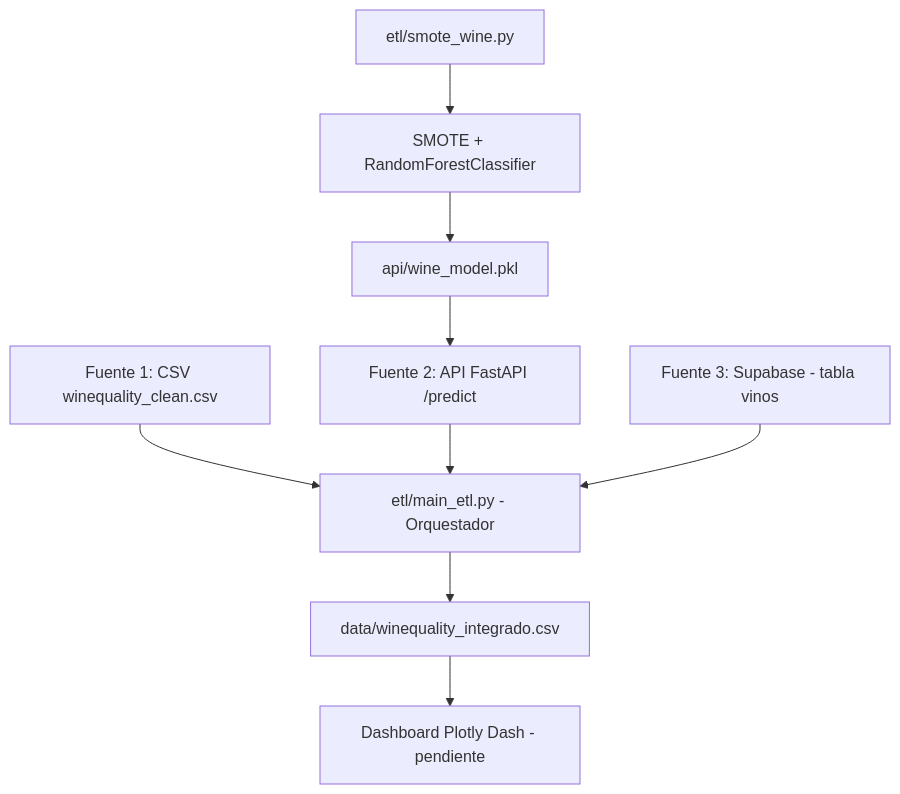
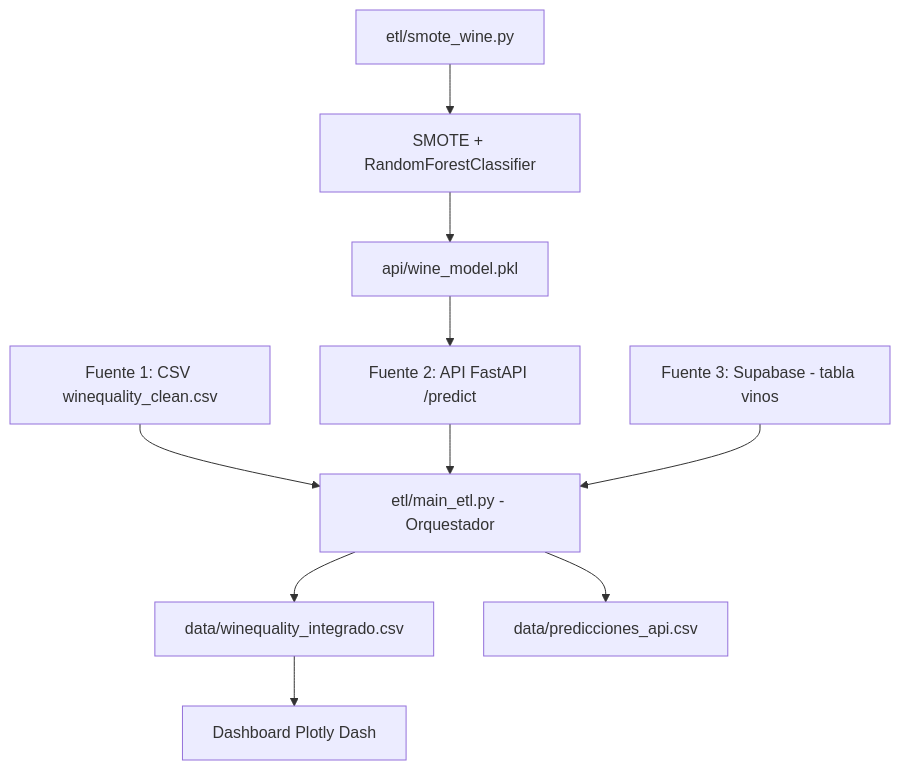
Before and after one commit to dongyah/EV3_SCY1101_wine_quality: the diagram in README.md, drawn with Mermaid. The commit also changed 1 other file, not shown here.

Commit message:
Integra prediccion API al pipeline y corrige diagrama de arquitectura

````diff
--- a/README.md
+++ b/README.md
@@ -7,13 +7,12 @@
 ```mermaid
 flowchart TD
     A[Fuente 1: CSV winequality_clean.csv] --> ETL[etl/main_etl.py - Orquestador]
     B[Fuente 2: API FastAPI /predict] --> ETL
     C[Fuente 3: Supabase - tabla vinos] --> ETL
     ETL --> INT[data/winequality_integrado.csv]
-
+    ETL --> LOG[data/predicciones_api.csv]
     SMOTE[etl/smote_wine.py] --> MODEL[SMOTE + RandomForestClassifier]
     MODEL --> PKL[api/wine_model.pkl]
     PKL --> B
-
-    INT --> DASH[Dashboard Plotly Dash - pendiente]
+    INT --> DASH[Dashboard Plotly Dash]
 ```
````
